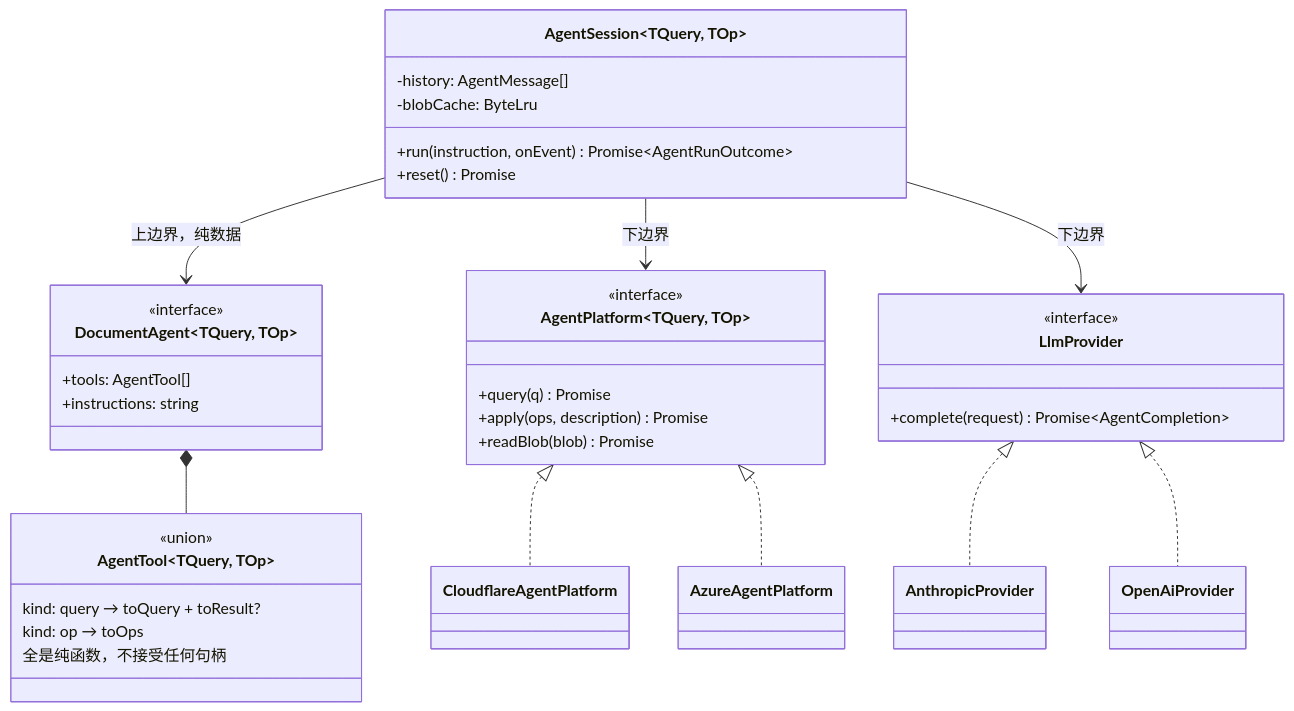
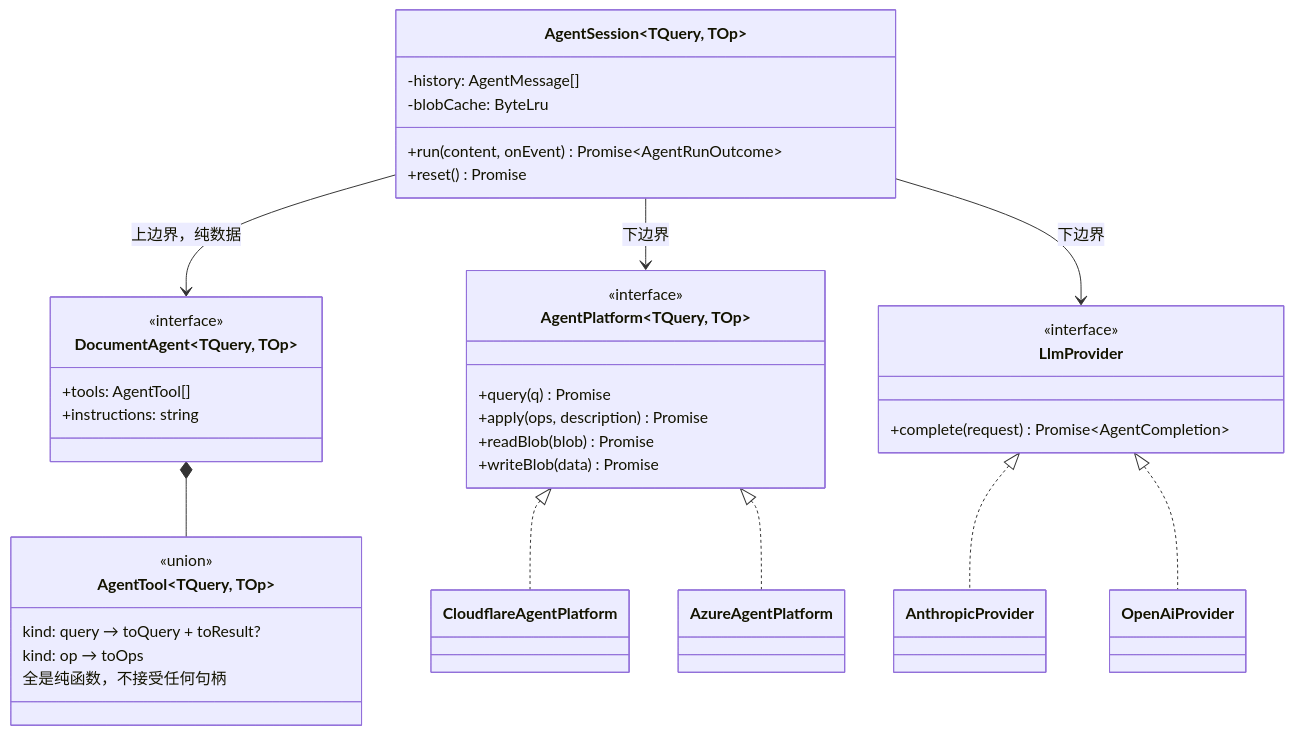
Before and after one commit to shazhou-ww/unidocs: the fifth of 18 diagrams in docs/superpowers/specs/2026-08-26-agent-sdk-design.md, drawn with Mermaid. The commit also changed other lines of this file, not shown here.

First line of the commit message:
docs(agent-sdk): enhance multimodal message design

````diff
--- a/docs/superpowers/specs/2026-08-26-agent-sdk-design.md
+++ b/docs/superpowers/specs/2026-08-26-agent-sdk-design.md
@@ -510,48 +520,49 @@
 ```mermaid
 classDiagram
     class DocumentAgent~TQuery, TOp~ {
         <<interface>>
         +tools: AgentTool[]
         +instructions: string
     }
 
     class AgentTool~TQuery, TOp~ {
         <<union>>
         kind: query → toQuery + toResult?
         kind: op → toOps
         全是纯函数，不接受任何句柄
     }
 
     class AgentSession~TQuery, TOp~ {
         -history: AgentMessage[]
         -blobCache: ByteLru
-        +run(instruction, onEvent) Promise~AgentRunOutcome~
+      +run(content, onEvent) Promise~AgentRunOutcome~
         +reset() Promise
     }
 
     class LlmProvider {
         <<interface>>
         +complete(request) Promise~AgentCompletion~
     }
 
     class AgentPlatform~TQuery, TOp~ {
         <<interface>>
         +query(q) Promise
         +apply(ops, description) Promise
         +readBlob(blob) Promise
+      +writeBlob(data) Promise
     }
 
     class AnthropicProvider
     class OpenAiProvider
     class CloudflareAgentPlatform
     class AzureAgentPlatform
 
     DocumentAgent *-- AgentTool
     AgentSession --> DocumentAgent : 上边界，纯数据
     AgentSession --> AgentPlatform : 下边界
     AgentSession --> LlmProvider : 下边界
     LlmProvider <|.. AnthropicProvider
     LlmProvider <|.. OpenAiProvider
     AgentPlatform <|.. CloudflareAgentPlatform
     AgentPlatform <|.. AzureAgentPlatform
 ```
````
